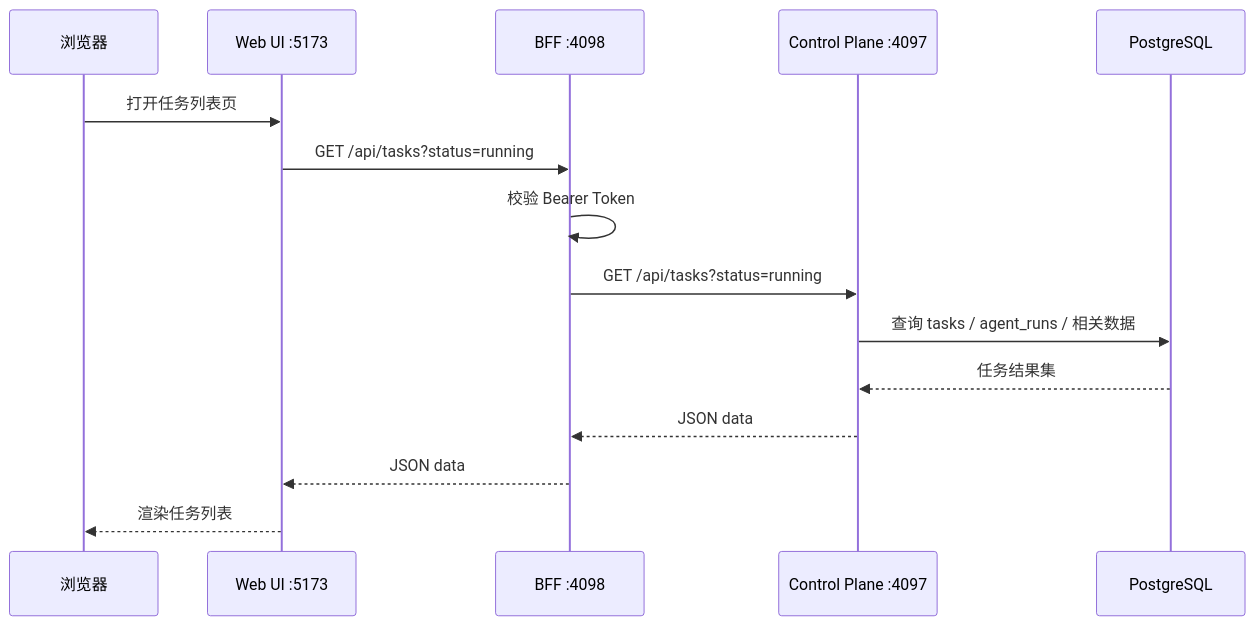
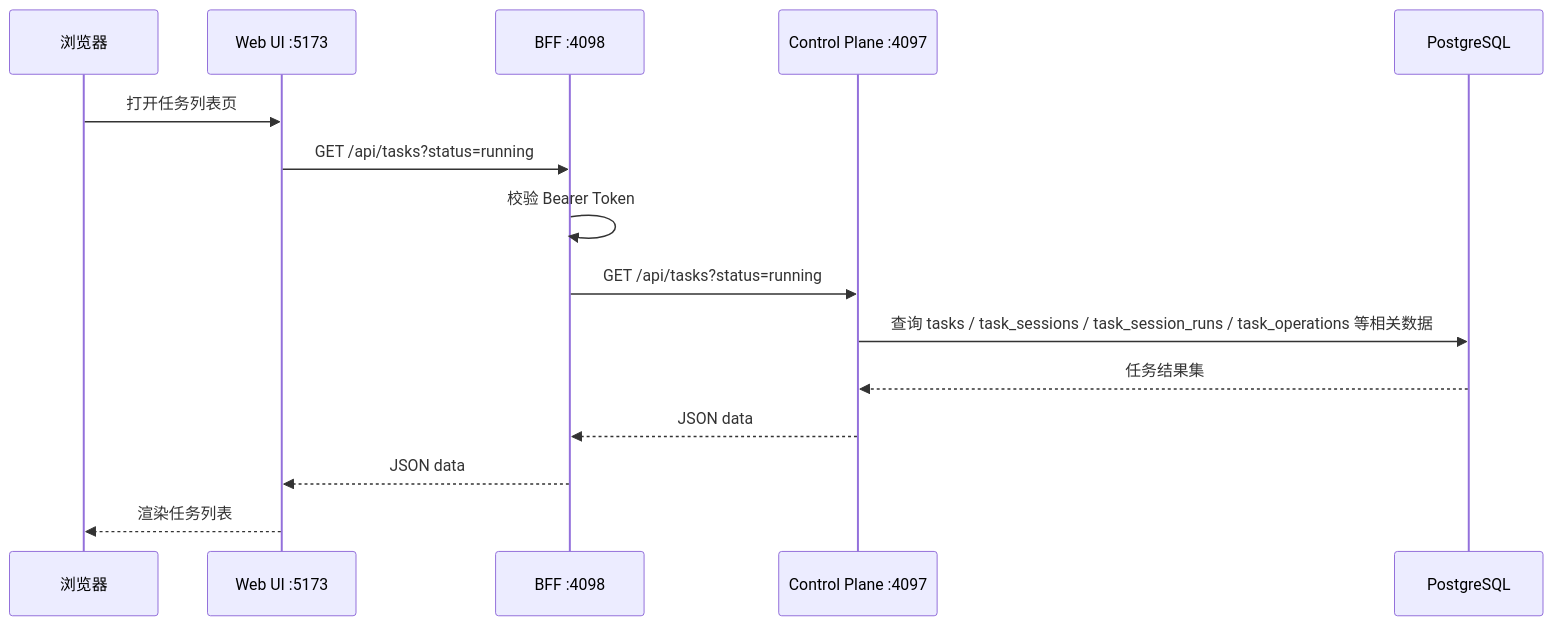
The third of 5 diagrams in docs/runtime-process-architecture.md (openerserver/openerx), drawn with Mermaid before and after one commit. The commit also changed 943 other files, not shown here.

````diff
--- a/docs/runtime-process-architecture.md
+++ b/docs/runtime-process-architecture.md
@@ -172,18 +172,18 @@
 ```mermaid
 sequenceDiagram
   participant Browser as 浏览器
   participant UI as Web UI :5173
   participant BFF as BFF :4098
   participant CP as Control Plane :4097
   participant DB as PostgreSQL
 
   Browser->>UI: 打开任务列表页
   UI->>BFF: GET /api/tasks?status=running
   BFF->>BFF: 校验 Bearer Token
   BFF->>CP: GET /api/tasks?status=running
-  CP->>DB: 查询 tasks / agent_runs / 相关数据
+  CP->>DB: 查询 tasks / task_sessions / task_session_runs / task_operations 等相关数据
   DB-->>CP: 任务结果集
   CP-->>BFF: JSON data
   BFF-->>UI: JSON data
   UI-->>Browser: 渲染任务列表
 ```
````
